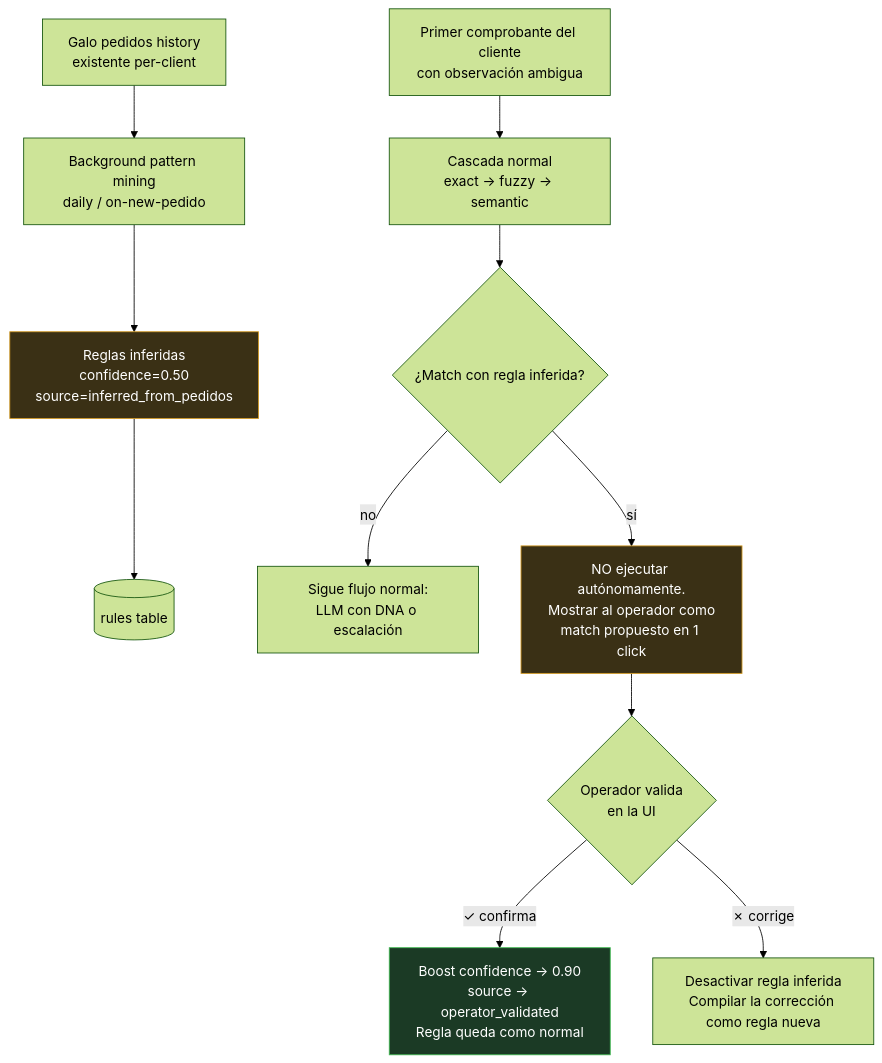
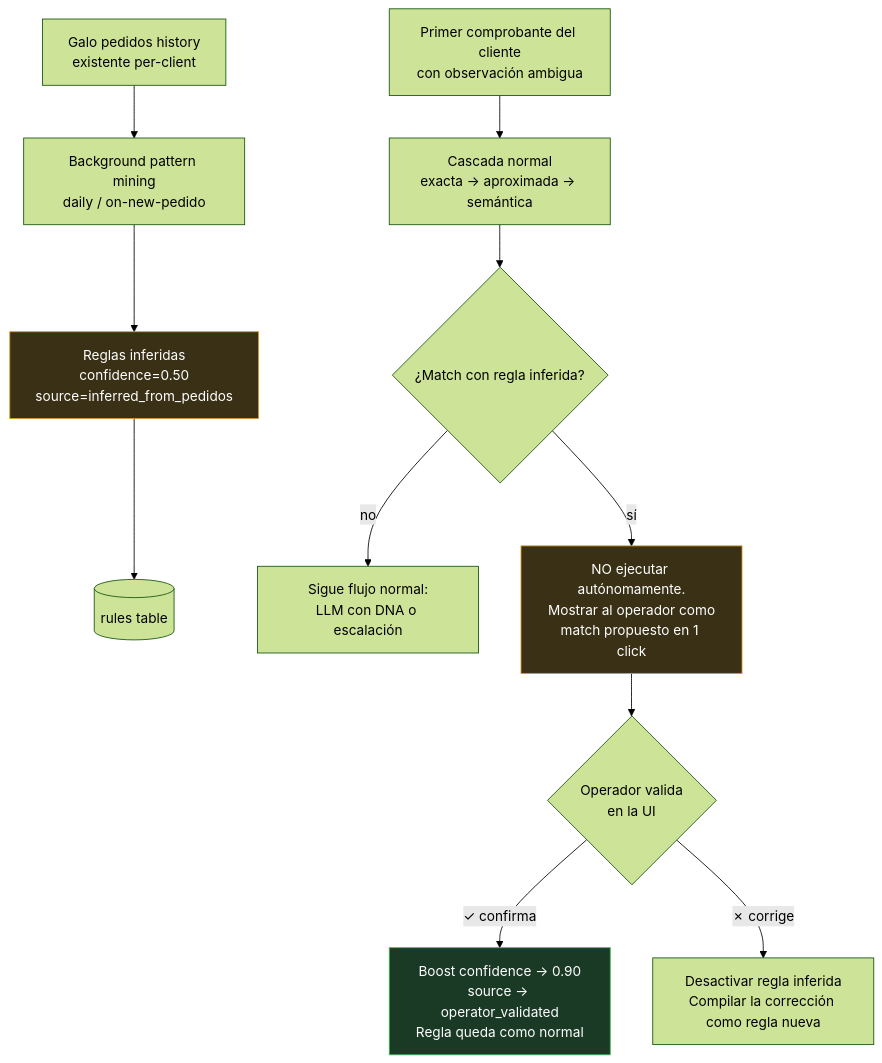
The sixth of 7 diagrams in submissions/agusting22-compiled-intelligence/ARCHITECTURE.md (fpesce27/workshop-challenge), drawn with Mermaid (forest theme) before and after one commit. The commit also changed other lines of this file and 2 other files, not shown here.

````diff
--- a/submissions/agusting22-compiled-intelligence/ARCHITECTURE.md
+++ b/submissions/agusting22-compiled-intelligence/ARCHITECTURE.md
@@ -613,19 +613,19 @@
 ```mermaid
 flowchart TB
     P[Galo pedidos history<br/>existente per-client] --> M[Background pattern mining<br/>daily / on-new-pedido]
     M --> R1[Reglas inferidas<br/>confidence=0.50<br/>source=inferred_from_pedidos]
     R1 --> DB[(rules table)]
 
-    C[Primer comprobante del cliente<br/>con observación ambigua] --> CC[Cascada normal<br/>exact → fuzzy → semantic]
+    C[Primer comprobante del cliente<br/>con observación ambigua] --> CC[Cascada normal<br/>exacta → aproximada → semántica]
     CC --> H{¿Match con regla inferida?}
     H -->|no| K[Sigue flujo normal:<br/>LLM con DNA o escalación]
     H -->|sí| Prop[NO ejecutar autónomamente.<br/>Mostrar al operador como<br/>match propuesto en 1 click]
     Prop --> V{Operador valida<br/>en la UI}
     V -->|✓ confirma| B[Boost confidence → 0.90<br/>source → operator_validated<br/>Regla queda como normal]
     V -->|✗ corrige| L[Desactivar regla inferida<br/>Compilar la corrección como regla nueva]
 
     classDef inferred fill:#3a3015,stroke:#d29922,color:#fff
     classDef normal fill:#1b3a25,stroke:#3fb950,color:#fff
     class R1,Prop inferred
     class B normal
 ```
````
